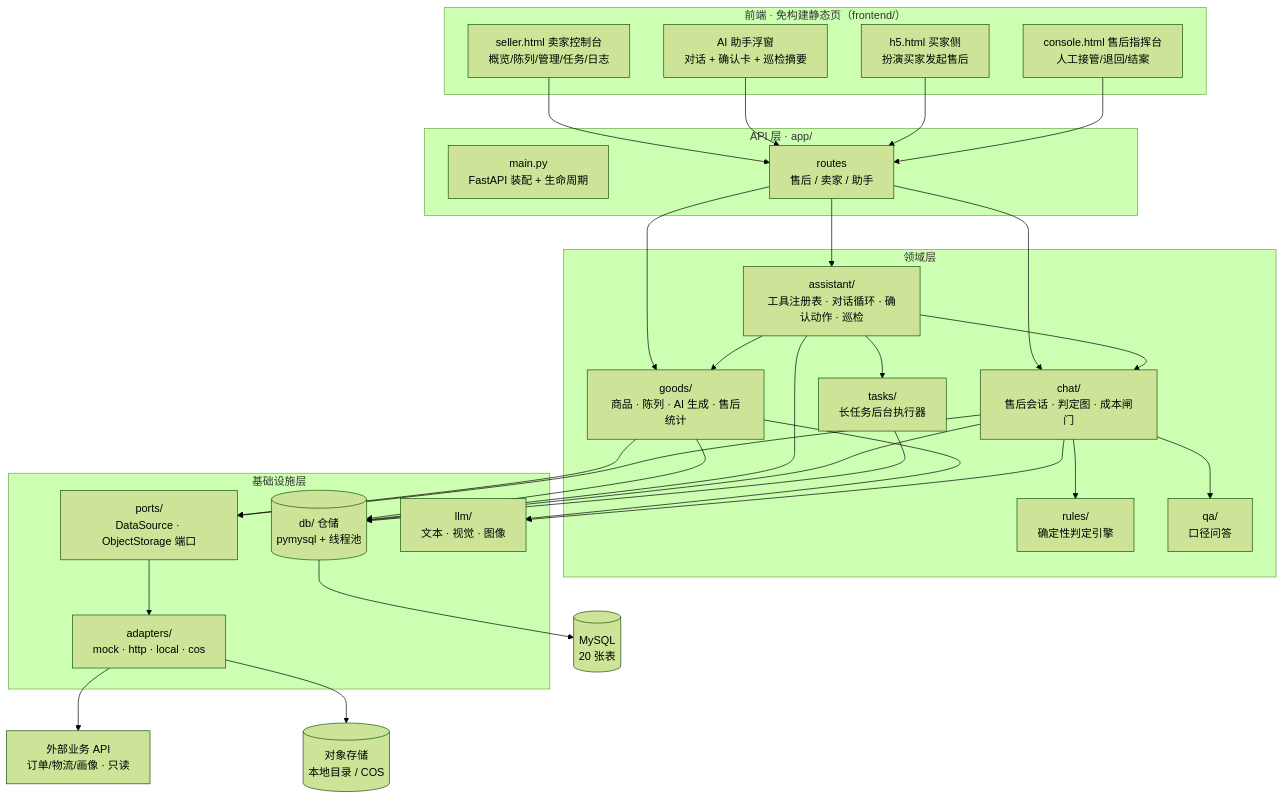
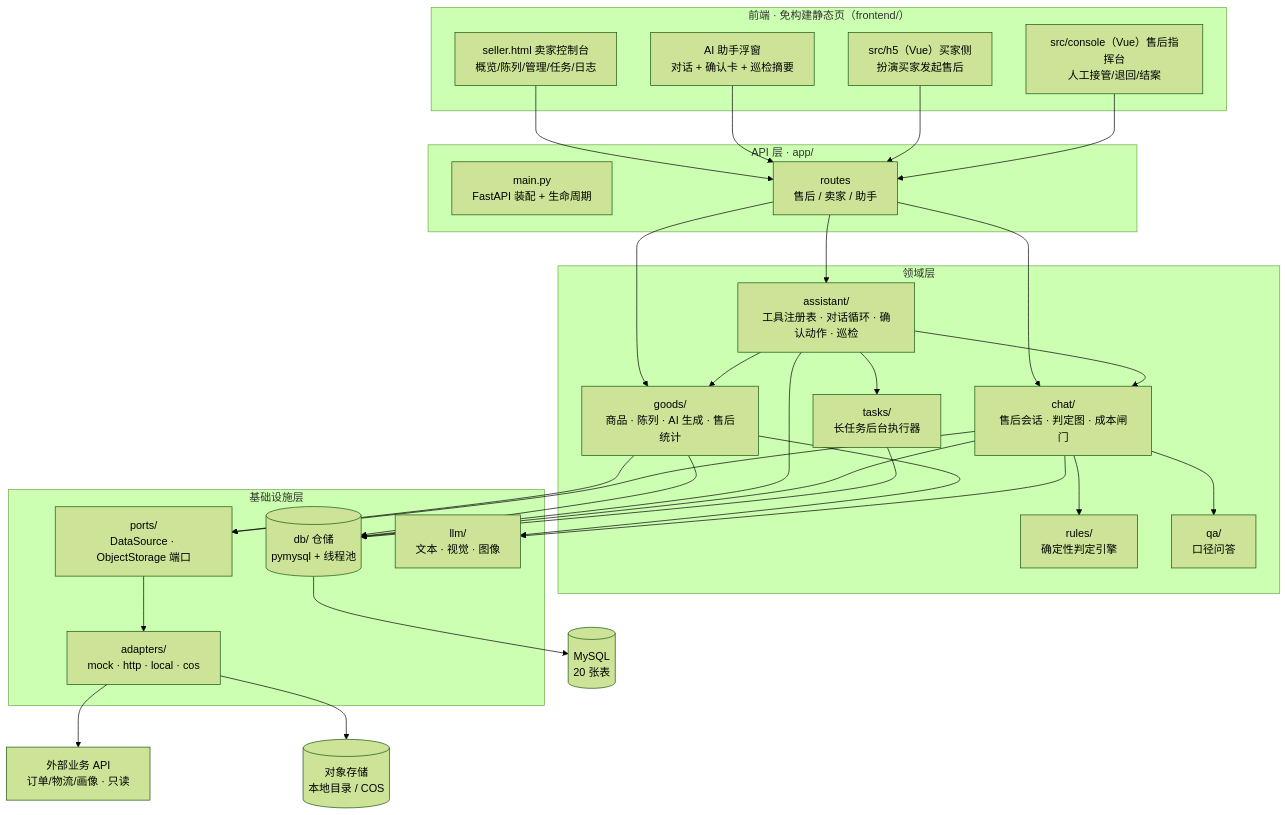
Before and after one commit to Y-er-er/seller-agent: the first of 5 diagrams in docs/项目架构_v1.md, drawn with Mermaid (forest theme). The commit also changed other lines of this file and 25 other files, not shown here.

````diff
--- a/docs/项目架构_v1.md
+++ b/docs/项目架构_v1.md
@@ -26,59 +26,59 @@
 ```mermaid
 graph TB
     subgraph FE["前端 · 免构建静态页（frontend/）"]
-        H5["h5.html 买家侧<br/>扮演买家发起售后"]
-        CON["console.html 售后指挥台<br/>人工接管/退回/结案"]
+        H5["src/h5（Vue）买家侧<br/>扮演买家发起售后"]
+        CON["src/console（Vue）售后指挥台<br/>人工接管/退回/结案"]
         SELLER["seller.html 卖家控制台<br/>概览/陈列/管理/任务/日志"]
         DRAW["AI 助手浮窗<br/>对话 + 确认卡 + 巡检摘要"]
     end
 
     subgraph APIL["API 层 · app/"]
         MAIN["main.py<br/>FastAPI 装配 + 生命周期"]
         ROUTES["routes<br/>售后 / 卖家 / 助手"]
     end
 
     subgraph DOM["领域层"]
         GOODS["goods/<br/>商品 · 陈列 · AI 生成 · 售后统计"]
         ASSIST["assistant/<br/>工具注册表 · 对话循环 · 确认动作 · 巡检"]
         CHAT["chat/<br/>售后会话 · 判定图 · 成本闸门"]
         RULES["rules/<br/>确定性判定引擎"]
         QA["qa/<br/>口径问答"]
         TASKS["tasks/<br/>长任务后台执行器"]
     end
 
     subgraph INF["基础设施层"]
         DB[("db/ 仓储<br/>pymysql + 线程池")]
         PORTS["ports/<br/>DataSource · ObjectStorage 端口"]
         ADP["adapters/<br/>mock · http · local · cos"]
         LLM["llm/<br/>文本 · 视觉 · 图像"]
     end
 
     MYSQL[("MySQL<br/>20 张表")]
     EXTO["外部业务 API<br/>订单/物流/画像 · 只读"]
     OSS[("对象存储<br/>本地目录 / COS")]
 
     SELLER --> ROUTES
     DRAW --> ROUTES
     H5 --> ROUTES
     CON --> ROUTES
     ROUTES --> GOODS
     ROUTES --> ASSIST
     ROUTES --> CHAT
     ASSIST --> GOODS
     ASSIST --> CHAT
     ASSIST --> TASKS
     CHAT --> RULES
     CHAT --> QA
     GOODS --> DB
     ASSIST --> DB
     CHAT --> DB
     TASKS --> DB
     GOODS --> PORTS
     GOODS --> LLM
     CHAT --> PORTS
     CHAT --> LLM
     PORTS --> ADP
     DB --> MYSQL
     ADP --> EXTO
     ADP --> OSS
 ```
````
